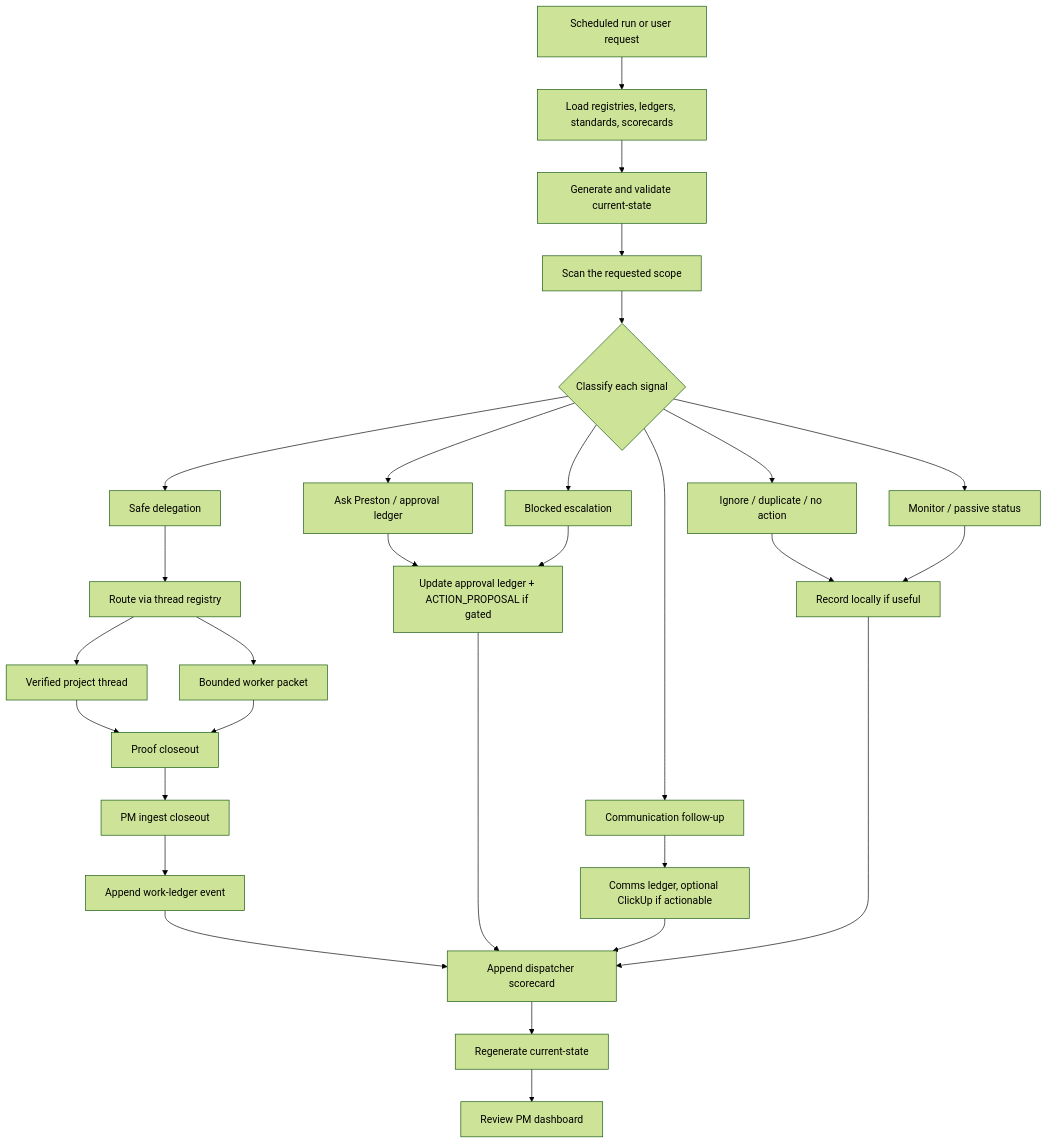
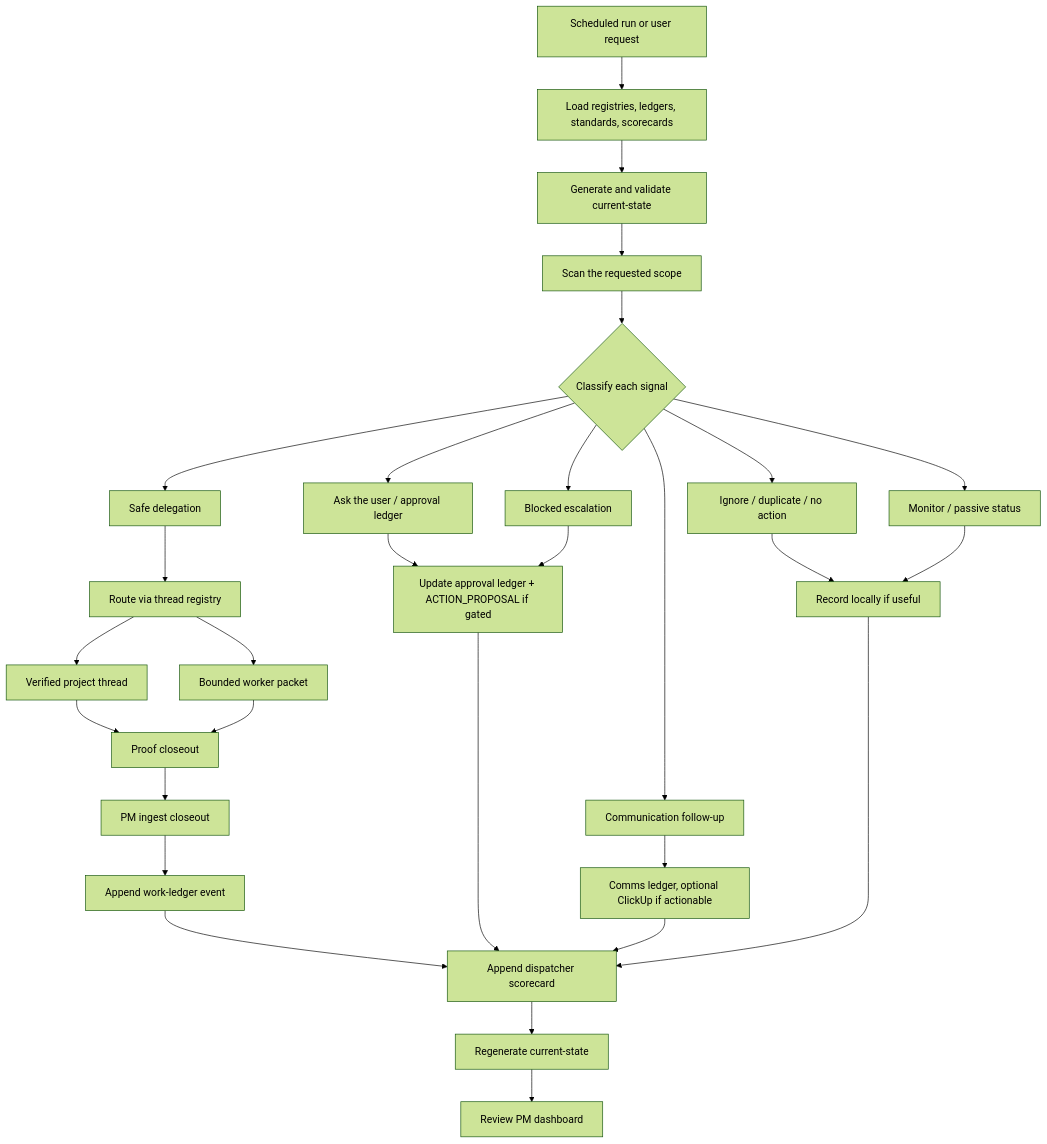
Before and after one commit to Splintered-Glass-Solutions/SGS_skills: the first of 6 diagrams in docs/pm-systems/operations-loop.md, drawn with Mermaid (forest theme). The commit also changed other lines of this file and 162 other files, not shown here.

````diff
--- a/docs/pm-systems/operations-loop.md
+++ b/docs/pm-systems/operations-loop.md
@@ -9,35 +9,35 @@
 ```mermaid
 flowchart TD
   Start["Scheduled run or user request"] --> Load["Load registries, ledgers, standards, scorecards"]
   Load --> Generate["Generate and validate current-state"]
   Generate --> Scan["Scan the requested scope"]
   Scan --> Classify{"Classify each signal"}
 
   Classify --> Ignore["Ignore / duplicate / no action"]
   Classify --> Monitor["Monitor / passive status"]
-  Classify --> Decision["Ask Preston / approval ledger"]
+  Classify --> Decision["Ask the user / approval ledger"]
   Classify --> Delegate["Safe delegation"]
   Classify --> Escalate["Blocked escalation"]
   Classify --> Comms["Communication follow-up"]
 
   Ignore --> Local["Record locally if useful"]
   Monitor --> Local
   Decision --> Approval["Update approval ledger + ACTION_PROPOSAL if gated"]
   Delegate --> Route["Route via thread registry"]
   Escalate --> Approval
   Comms --> CommsLedger["Comms ledger, optional ClickUp if actionable"]
 
   Route --> ProjectThread["Verified project thread"]
   Route --> WorkerPacket["Bounded worker packet"]
   ProjectThread --> Closeout["Proof closeout"]
   WorkerPacket --> Closeout
   Closeout --> Ingest["PM ingest closeout"]
   Ingest --> WorkLedger["Append work-ledger event"]
 
   WorkLedger --> Scorecard["Append dispatcher scorecard"]
   Approval --> Scorecard
   CommsLedger --> Scorecard
   Local --> Scorecard
   Scorecard --> Refresh["Regenerate current-state"]
   Refresh --> Dashboard["Review PM dashboard"]
 ```
````
